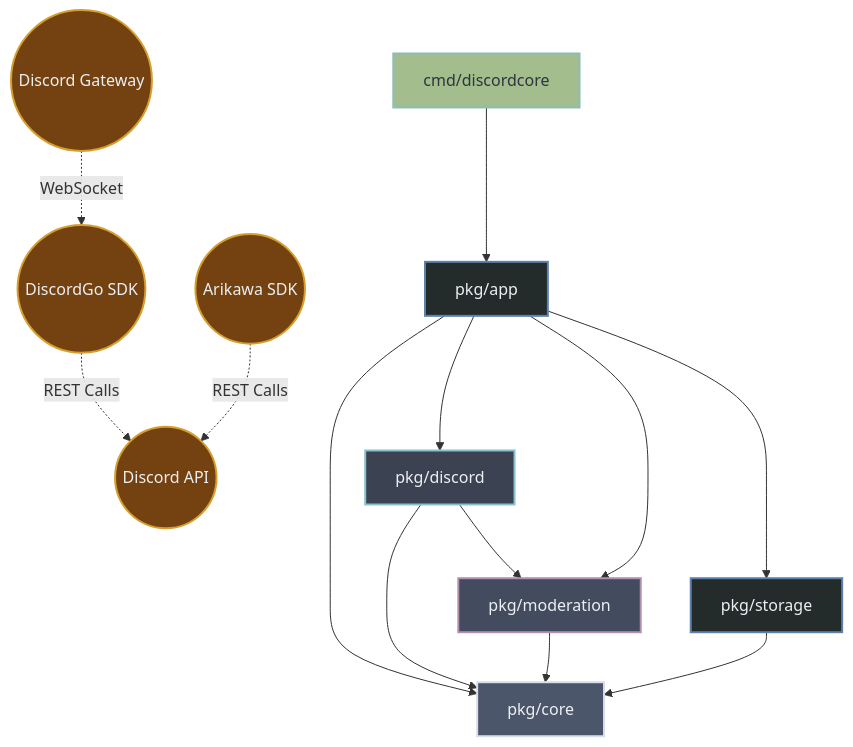
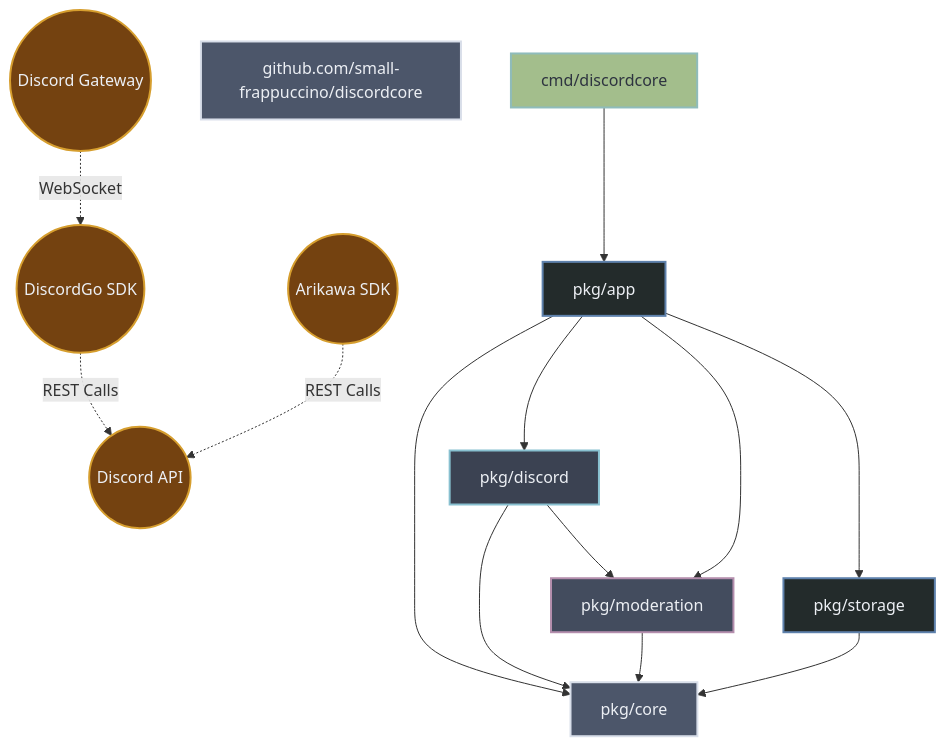
One commit to small-frappuccino/discordcore changed the diagram in ARCHITECTURE.md. Above: the diagram before and after it, drawn with Mermaid. The commit also changed 6 other files, not shown here.

````diff
--- a/ARCHITECTURE.md
+++ b/ARCHITECTURE.md
@@ -7,49 +7,50 @@
 ```mermaid
 flowchart TD
     %% External APIs & Gateways (Top Level)
     DiscordGateway((Discord Gateway))
     DiscordAPI((Discord API))
 
     %% SDKs
     DiscordGo(("DiscordGo SDK"))
     Arikawa(("Arikawa SDK"))
 
     %% Nodes
+    Github.comSmall-frappuccinoDiscordcore["github.com/small-frappuccino/discordcore"]
     CmdDiscordcore["cmd/discordcore"]
     App["pkg/app"]
     Core["pkg/core"]
     Discord["pkg/discord"]
     Moderation["pkg/moderation"]
     Storage["pkg/storage"]
 
     %% SDK & API Flow
     DiscordGateway -. WebSocket .-> DiscordGo
     DiscordGo -. REST Calls .-> DiscordAPI
     Arikawa -. REST Calls .-> DiscordAPI
 
     %% Auto-generated internal dependencies
     App --> Core
     App --> Discord
     App --> Moderation
     App --> Storage
     CmdDiscordcore --> App
     Discord --> Core
     Discord --> Moderation
     Moderation --> Core
     Storage --> Core
 
     %% Styling
     classDef core fill:#232B2B,stroke:#5E81AC,stroke-width:2px,color:#ECEFF4;
     classDef adapter fill:#3B4252,stroke:#88C0D0,stroke-width:2px,color:#ECEFF4;
     classDef feature fill:#434C5E,stroke:#B48EAD,stroke-width:2px,color:#ECEFF4;
     classDef infra fill:#4C566A,stroke:#D8DEE9,stroke-width:2px,color:#ECEFF4;
     classDef external fill:#744210,stroke:#D69E2E,stroke-width:2px,color:#ECEFF4,shape:circle;
     classDef ui fill:#A3BE8C,stroke:#8FBCBB,stroke-width:2px,color:#2E3440;
 
     class App,Storage core;
     class Discord adapter;
     class Moderation feature;
-    class Core infra;
+    class Github.comSmall-frappuccinoDiscordcore,Core infra;
     class DiscordGo,Arikawa,DiscordAPI,DiscordGateway external;
     class CmdDiscordcore ui;
 ```
````
